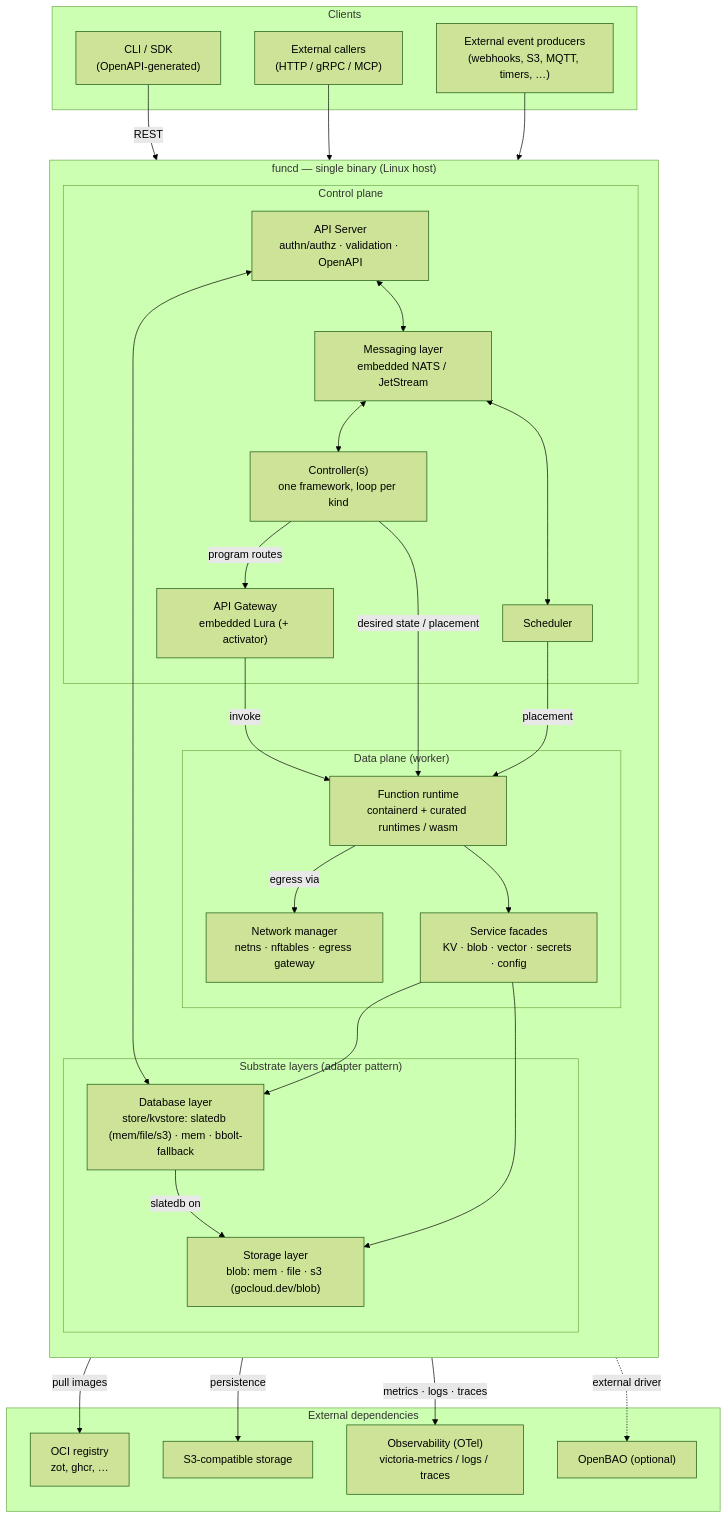
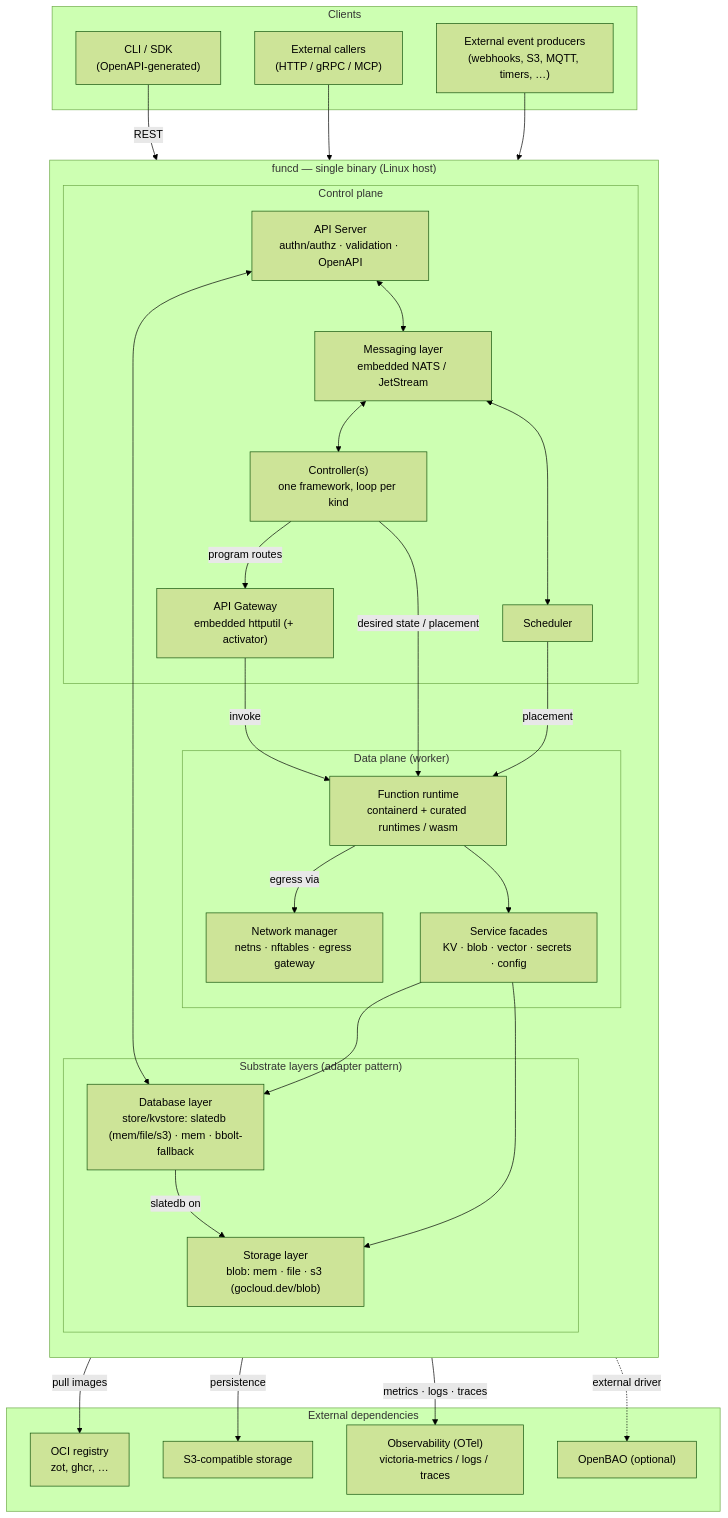
One commit to pyvvo/funcd changed the sixth of 8 diagrams in blueprint.md. Above: the diagram before and after it, drawn with Mermaid (forest theme). The commit also changed other lines of this file and 368 other files, not shown here.

````diff
--- a/blueprint.md
+++ b/blueprint.md
@@ -513,56 +513,56 @@
 ```mermaid
 flowchart TB
     subgraph Clients["Clients"]
         CLI["CLI / SDK<br/>(OpenAPI-generated)"]
         Callers["External callers<br/>(HTTP / gRPC / MCP)"]
         Producers["External event producers<br/>(webhooks, S3, MQTT, timers, …)"]
     end
 
     subgraph Binary["funcd — single binary (Linux host)"]
         direction TB
         subgraph CP["Control plane"]
             API["API Server<br/>authn/authz · validation · OpenAPI"]
             Ctrl["Controller(s)<br/>one framework, loop per kind"]
             Sched["Scheduler"]
-            GW["API Gateway<br/>embedded Lura (+ activator)"]
+            GW["API Gateway<br/>embedded httputil (+ activator)"]
             Bus["Messaging layer<br/>embedded NATS / JetStream"]
         end
         subgraph DP["Data plane (worker)"]
             NET["Network manager<br/>netns · nftables · egress gateway"]
             RT["Function runtime<br/>containerd + curated runtimes / wasm"]
             SVC["Service facades<br/>KV · blob · vector · secrets · config"]
         end
         subgraph SUB["Substrate layers (adapter pattern)"]
             DBL["Database layer<br/>store/kvstore: slatedb (mem/file/s3) · mem · bbolt-fallback"]
             STL["Storage layer<br/>blob: mem · file · s3 (gocloud.dev/blob)"]
         end
     end
 
     subgraph Ext["External dependencies"]
         REG["OCI registry<br/>zot, ghcr, …"]
         S3["S3-compatible storage"]
         OBS["Observability (OTel)<br/>victoria-metrics / logs / traces"]
         BAO["OpenBAO (optional)"]
     end
 
     CLI -- REST --> API
     Callers --> GW
     Producers --> GW
     GW -- invoke --> RT
     RT -- "egress via" --> NET
     API <--> DBL
     API <--> Bus
     Bus <--> Ctrl
     Bus <--> Sched
     Ctrl -- "program routes" --> GW
     Ctrl -- "desired state / placement" --> RT
     Sched -- placement --> RT
     RT --> SVC
     SVC --> DBL
     SVC --> STL
     SVC -. "external driver" .-> BAO
     DBL -- "slatedb on" --> STL
     STL -- persistence --> S3
     RT -- "pull images" --> REG
     Binary -- "metrics · logs · traces" --> OBS
 ```
````
